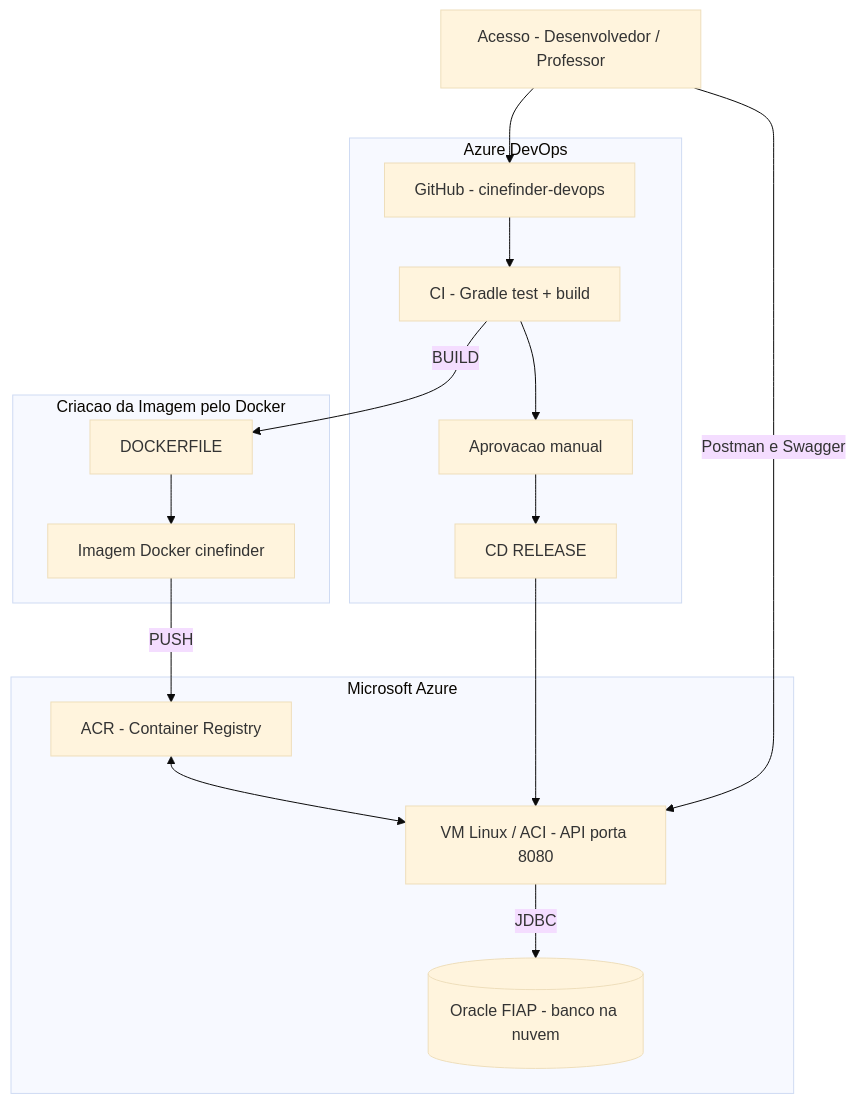
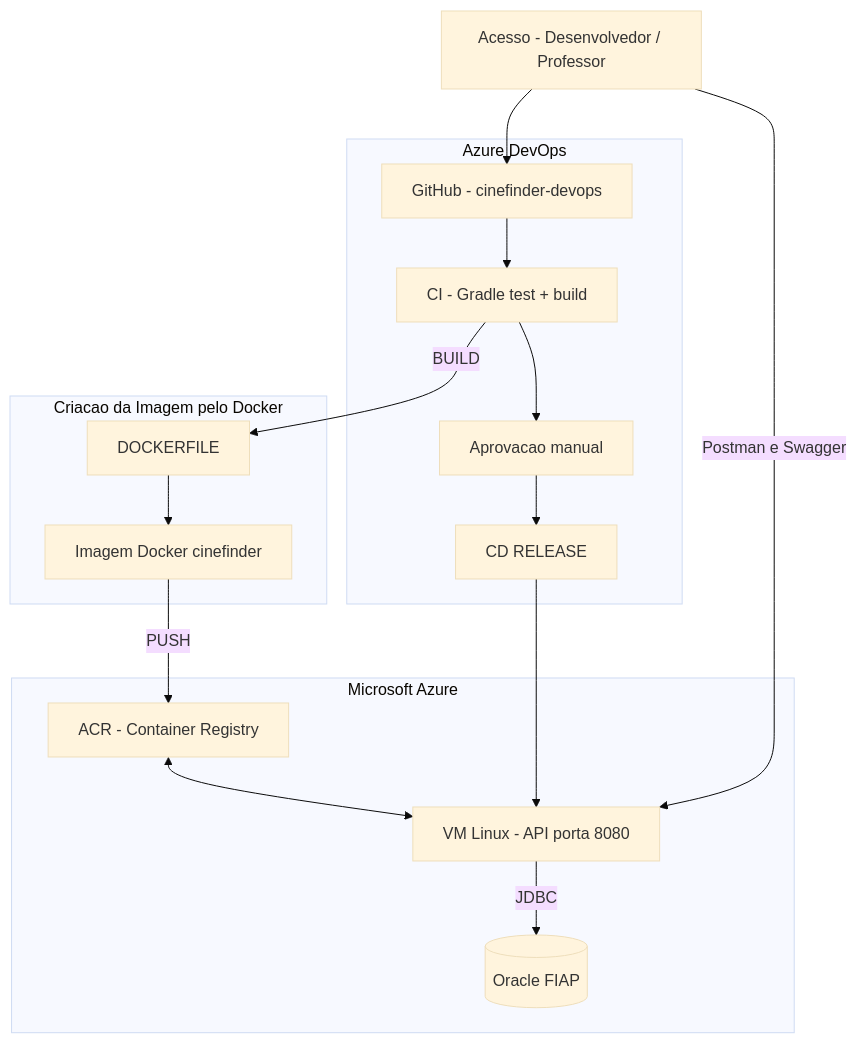
One commit to matheusmariotto1206/cinefinder-devops changed the diagram in docs/diagrama/arquitetura.mmd. Above: the diagram before and after it, drawn with Mermaid (base theme).

Commit message:
docs: alinha diagrama arquitetura com arquitetura-macro

```diff
--- a/docs/diagrama/arquitetura.mmd
+++ b/docs/diagrama/arquitetura.mmd
@@ -1,30 +1,30 @@
 flowchart TB
     DEV["Acesso - Desenvolvedor / Professor"]
 
     subgraph ADO["Azure DevOps"]
         GH["GitHub - cinefinder-devops"]
         CI["CI - Gradle test + build"]
         APR["Aprovacao manual"]
         CD["CD RELEASE"]
         GH --> CI --> APR --> CD
     end
 
     subgraph BUILD["Criacao da Imagem pelo Docker"]
         DFILE["DOCKERFILE"]
         IMG["Imagem Docker cinefinder"]
         DFILE --> IMG
     end
 
     subgraph AZURE["Microsoft Azure"]
         ACR["ACR - Container Registry"]
-        VM["VM Linux / ACI - API porta 8080"]
-        DB[("Oracle FIAP - banco na nuvem")]
+        VM["VM Linux - API porta 8080"]
+        DB[("Oracle FIAP")]
         ACR <--> VM
     end
 
     DEV --> GH
     CI -->|BUILD| DFILE
     IMG -->|PUSH| ACR
     CD --> VM
     VM -->|JDBC| DB
     DEV -->|Postman e Swagger| VM
```
